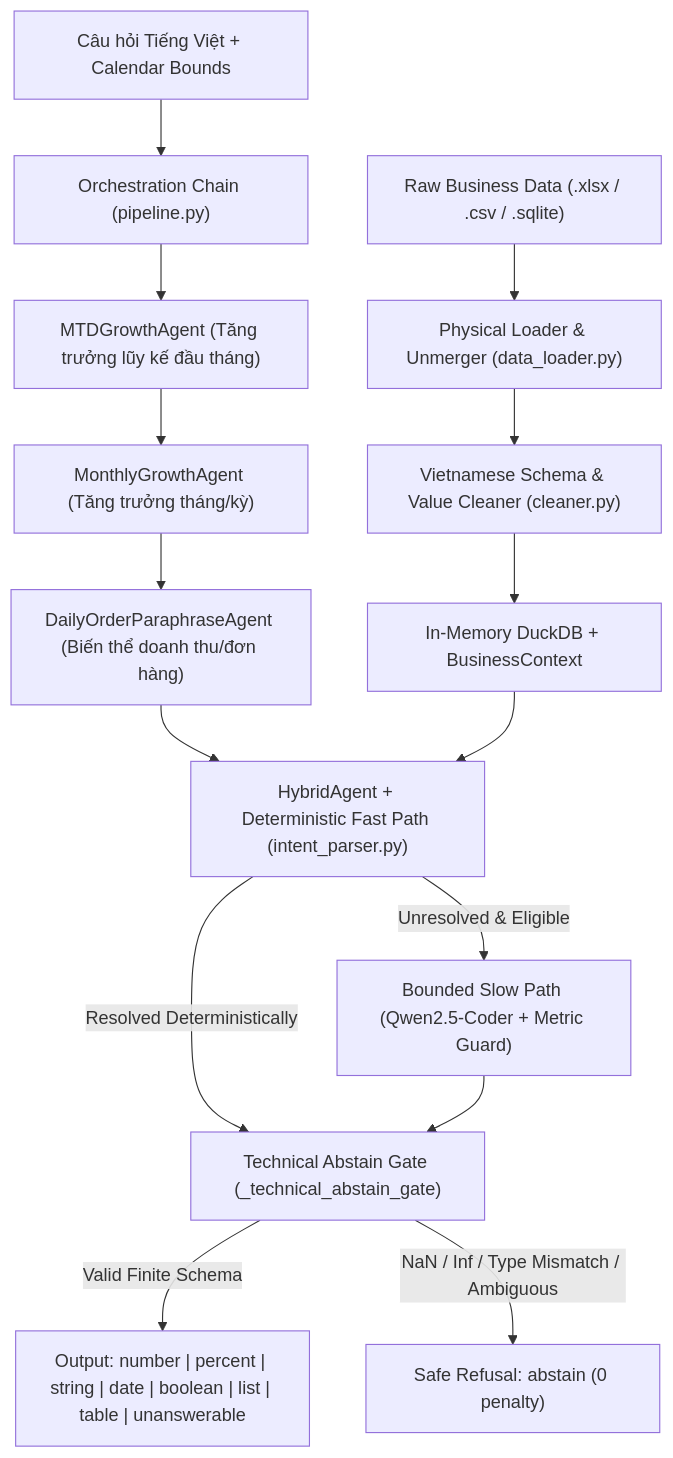
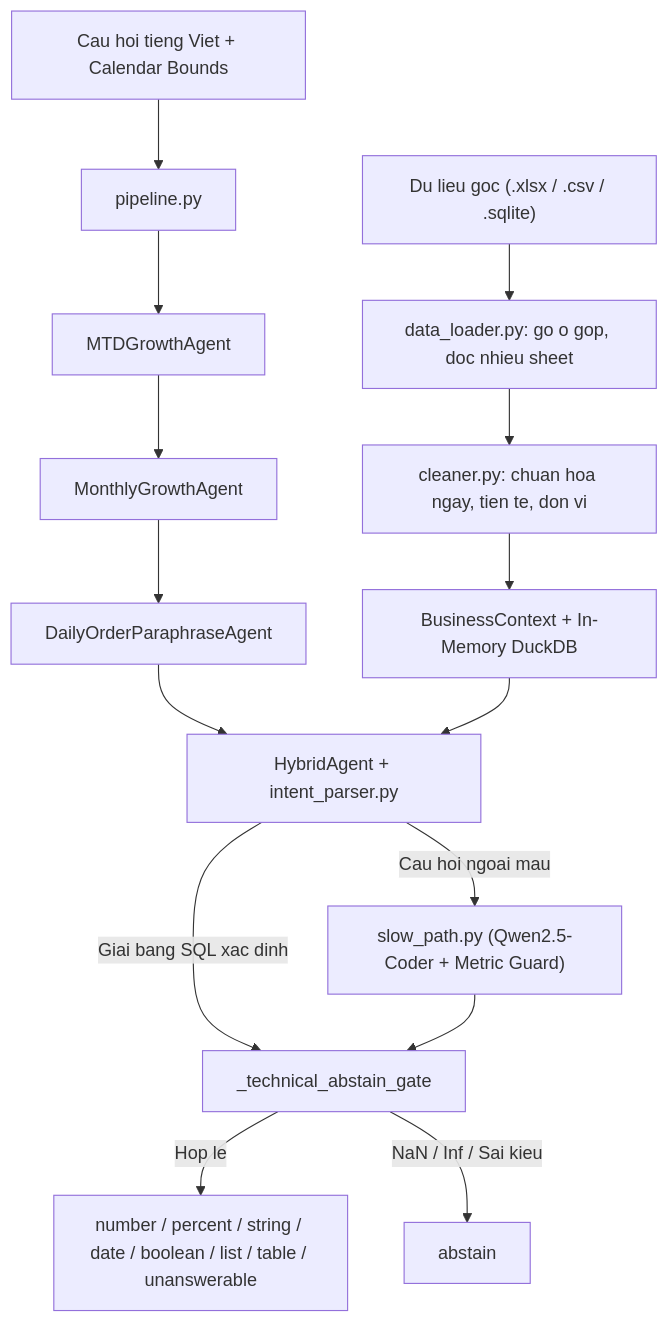
One commit to khongphaiphattai/zaic-2026-datamate changed the diagram in README.md. Above: the diagram before and after it, drawn with Mermaid. The commit also changed other lines of this file and 5 other files, not shown here.

````diff
--- a/README.md
+++ b/README.md
@@ -46,20 +36,20 @@
 ```mermaid
 flowchart TD
-    A["Raw Business Data (.xlsx / .csv / .sqlite)"] --> B["Physical Loader & Unmerger (data_loader.py)"]
-    B --> C["Vietnamese Schema & Value Cleaner (cleaner.py)"]
-    C --> D["In-Memory DuckDB + BusinessContext"]
+    A["Du lieu goc (.xlsx / .csv / .sqlite)"] --> B["data_loader.py: go o gop, doc nhieu sheet"]
+    B --> C["cleaner.py: chuan hoa ngay, tien te, don vi"]
+    C --> D["BusinessContext + In-Memory DuckDB"]
 
-    Q["Câu hỏi Tiếng Việt + Calendar Bounds"] --> E["Orchestration Chain (pipeline.py)"]
-    E --> E1["MTDGrowthAgent (Tăng trưởng lũy kế đầu tháng)"]
-    E1 --> E2["MonthlyGrowthAgent (Tăng trưởng tháng/kỳ)"]
-    E2 --> E3["DailyOrderParaphraseAgent (Biến thể doanh thu/đơn hàng)"]
-    E3 --> F["HybridAgent + Deterministic Fast Path (intent_parser.py)"]
+    Q["Cau hoi tieng Viet + Calendar Bounds"] --> E["pipeline.py"]
+    E --> E1["MTDGrowthAgent"]
+    E1 --> E2["MonthlyGrowthAgent"]
+    E2 --> E3["DailyOrderParaphraseAgent"]
+    E3 --> F["HybridAgent + intent_parser.py"]
 
     D --> F
-    F -->|"Resolved Deterministically"| G["Technical Abstain Gate (_technical_abstain_gate)"]
-    F -->|"Unresolved & Eligible"| H["Bounded Slow Path (Qwen2.5-Coder + Metric Guard)"]
+    F -->|"Giai bang SQL xac dinh"| G["_technical_abstain_gate"]
+    F -->|"Cau hoi ngoai mau"| H["slow_path.py (Qwen2.5-Coder + Metric Guard)"]
     H --> G
 
-    G -->|"Valid Finite Schema"| O1["Output: number | percent | string | date | boolean | list | table | unanswerable"]
-    G -->|"NaN / Inf / Type Mismatch / Ambiguous"| O2["Safe Refusal: abstain (0 penalty)"]
+    G -->|"Hop le"| O1["number / percent / string / date / boolean / list / table / unanswerable"]
+    G -->|"NaN / Inf / Sai kieu"| O2["abstain"]
 ```
````
